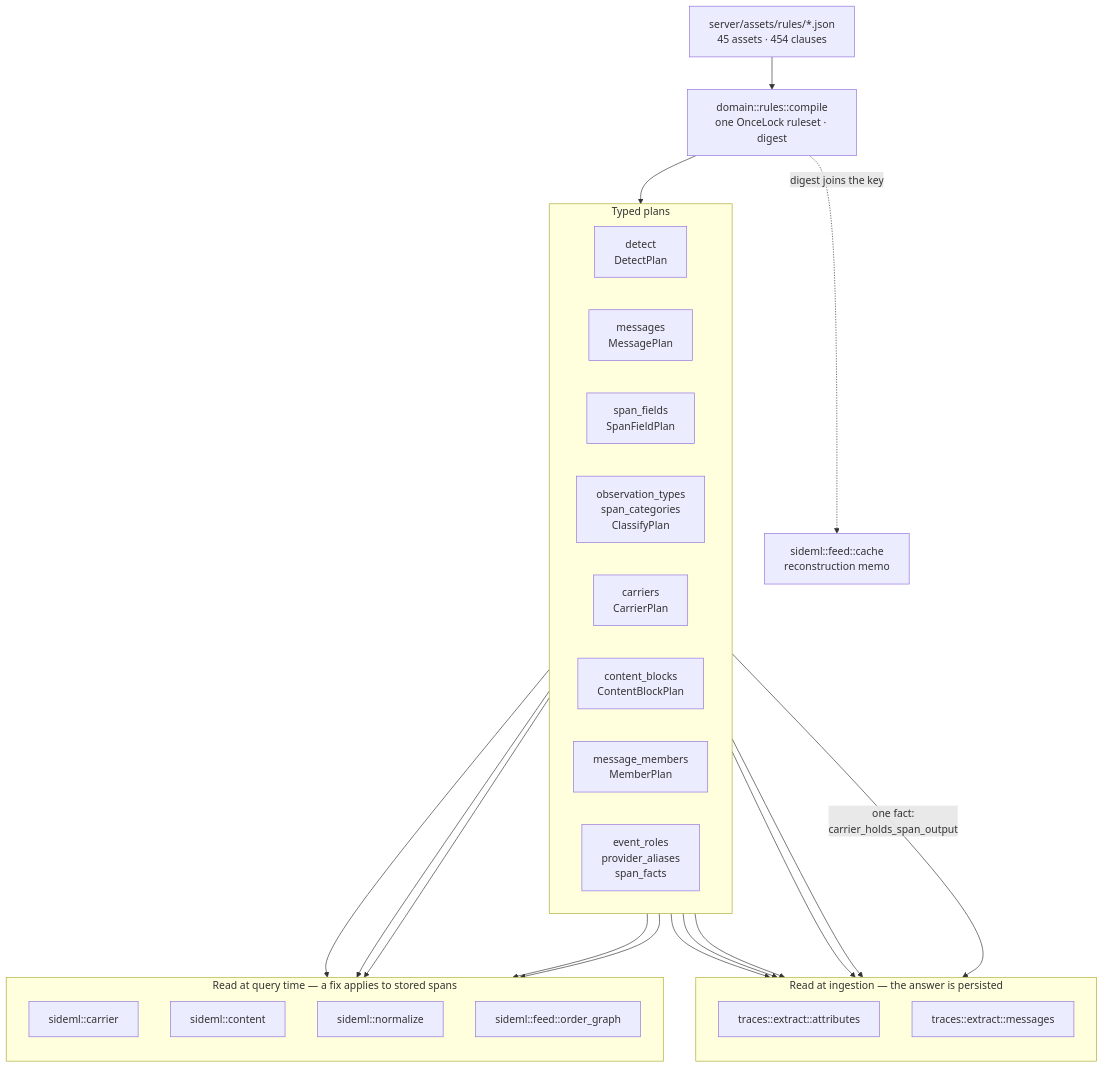
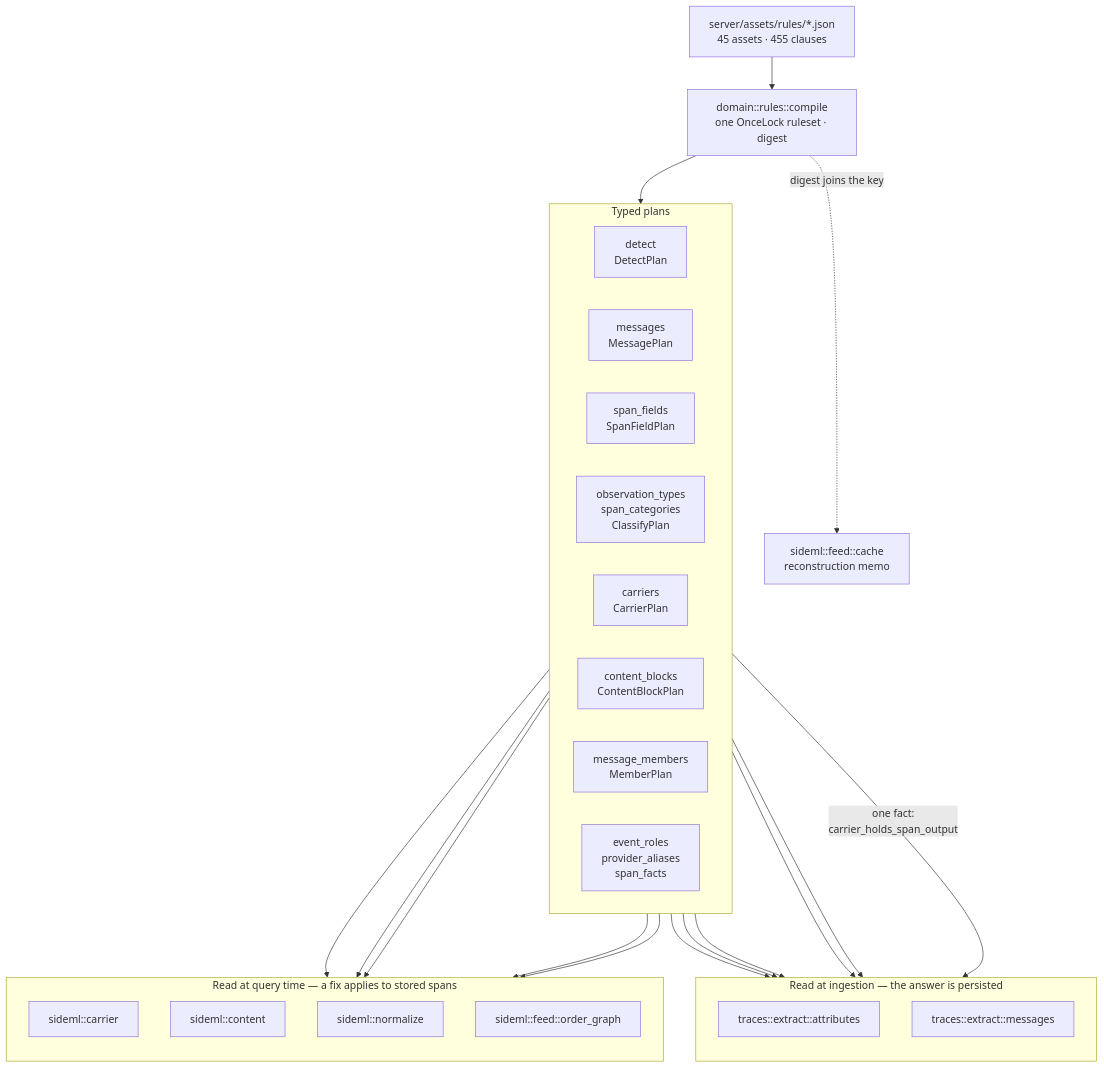
One commit to sideseat/sideseat changed the first of 7 diagrams in docs/engineering/architecture-diagrams.md. Above: the diagram before and after it, drawn with Mermaid. The commit also changed 4 other files, not shown here.

First line of the commit message:
feat(rules): read the conventions' URI parts, and keep JSON-RPC traffic out of conversations

````diff
--- a/docs/engineering/architecture-diagrams.md
+++ b/docs/engineering/architecture-diagrams.md
@@ -18,47 +18,47 @@
 ```mermaid
 flowchart TB
-    assets["server/assets/rules/*.json<br/>45 assets · 454 clauses"]
+    assets["server/assets/rules/*.json<br/>45 assets · 455 clauses"]
     compile["domain::rules::compile<br/>one OnceLock ruleset · digest"]
     assets --> compile
 
     subgraph plans["Typed plans"]
         direction LR
         detect["detect<br/>DetectPlan"]
         messages["messages<br/>MessagePlan"]
         fields["span_fields<br/>SpanFieldPlan"]
         classify["observation_types<br/>span_categories<br/>ClassifyPlan"]
         carriers["carriers<br/>CarrierPlan"]
         blocks["content_blocks<br/>ContentBlockPlan"]
         members["message_members<br/>MemberPlan"]
         roles["event_roles<br/>provider_aliases<br/>span_facts"]
     end
     compile --> plans
 
     subgraph ingest["Read at ingestion — the answer is persisted"]
         direction TB
         attrs["traces::extract::attributes"]
         msgs["traces::extract::messages"]
     end
 
     subgraph query["Read at query time — a fix applies to stored spans"]
         direction TB
         carrier["sideml::carrier"]
         content["sideml::content"]
         normalize["sideml::normalize"]
         order["sideml::feed::order_graph"]
     end
 
     detect --> attrs
     fields --> attrs
     classify --> attrs
     roles --> attrs
     messages --> msgs
     carriers -->|"one fact:<br/>carrier_holds_span_output"| msgs
     carriers --> carrier
     carriers --> order
     blocks --> content
     members --> content
     roles --> normalize
 
     compile -. "digest joins the key" .-> cache["sideml::feed::cache<br/>reconstruction memo"]
 ```
````
